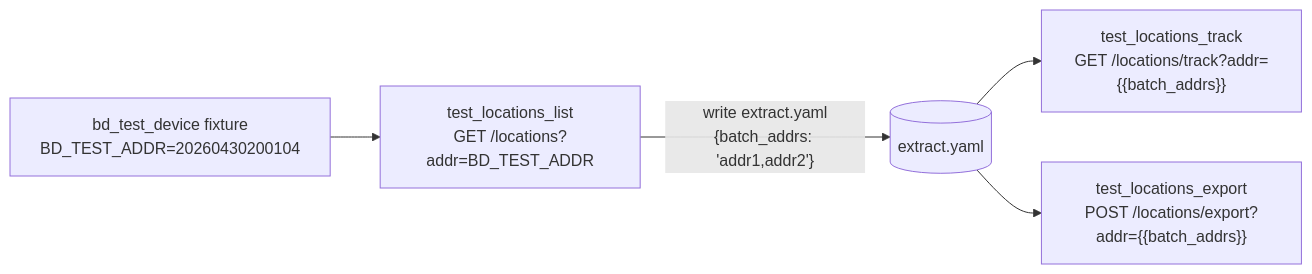
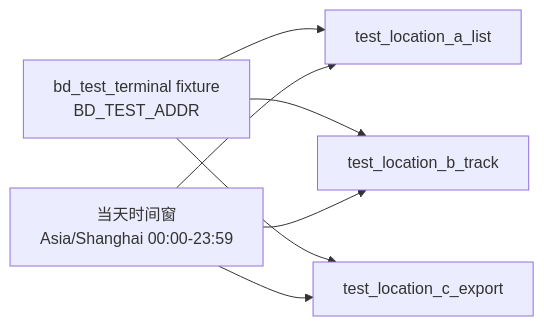
The diagram in jkpt_api_test/plan/location-controller-tests.plan.md (CuMgNa/BD_loc_mon_api_test), drawn with Mermaid before and after one commit. The commit also changed other lines of this file and 981 other files, not shown here.

````diff
--- a/jkpt_api_test/plan/location-controller-tests.plan.md
+++ b/jkpt_api_test/plan/location-controller-tests.plan.md
@@ -30,7 +39,9 @@
 ```mermaid
 flowchart LR
-    BD["bd_test_device fixture<br/>BD_TEST_ADDR=20260430200104"] --> List["test_locations_list<br/>GET /locations?addr=BD_TEST_ADDR"]
-    List -->|"write extract.yaml<br/>{batch_addrs: 'addr1,addr2'}"| Extract[(extract.yaml)]
-    Extract --> Track["test_locations_track<br/>GET /locations/track?addr={{batch_addrs}}"]
-    Extract --> Export["test_locations_export<br/>POST /locations/export?addr={{batch_addrs}}"]
+    BD["bd_test_terminal fixture<br/>BD_TEST_ADDR"] --> List["test_location_a_list"]
+    BD --> Track["test_location_b_track"]
+    BD --> Export["test_location_c_export"]
+    Today["当天时间窗<br/>Asia/Shanghai 00:00-23:59"] --> List
+    Today --> Track
+    Today --> Export
 ```
````
